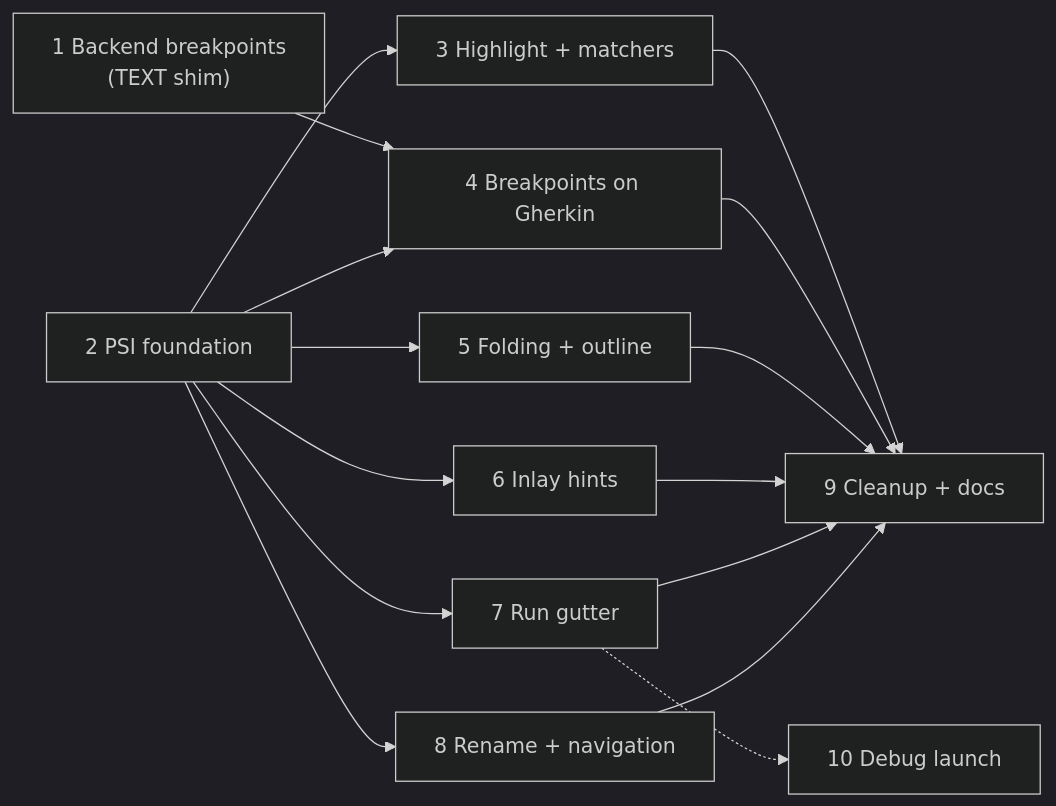
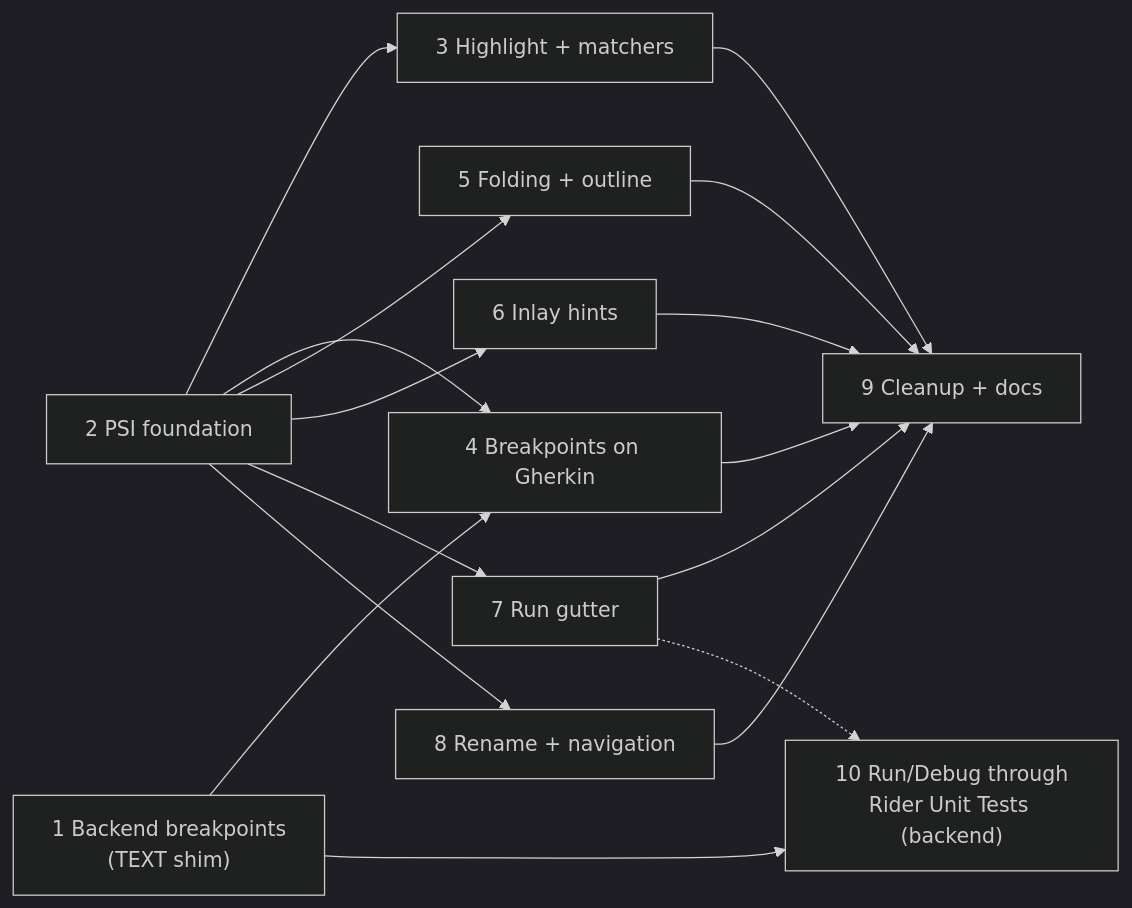
One commit to reqnroll/Reqnroll.IdeSupport changed the diagram in docs/Rider-Gherkin-PSI-Plan.md. Above: the diagram before and after it, drawn with Mermaid (dark theme). The commit also changed other lines of this file and 1 other file, not shown here.

First line of the commit message:
Plan running and debugging Rider scenarios through Rider's Unit Tests

````diff
--- a/docs/Rider-Gherkin-PSI-Plan.md
+++ b/docs/Rider-Gherkin-PSI-Plan.md
@@ -229,17 +230,18 @@
 ```mermaid
 flowchart LR
     P1["1 Backend breakpoints<br/>(TEXT shim)"] --> P4
     P2["2 PSI foundation"] --> P3["3 Highlight + matchers"]
     P2 --> P4["4 Breakpoints on Gherkin"]
     P2 --> P5["5 Folding + outline"]
     P2 --> P6["6 Inlay hints"]
     P2 --> P7["7 Run gutter"]
     P2 --> P8["8 Rename + navigation"]
     P3 --> P9["9 Cleanup + docs"]
     P4 --> P9
     P5 --> P9
     P6 --> P9
     P7 --> P9
     P8 --> P9
-    P7 -.-> P10["10 Debug launch"]
+    P1 --> P10["10 Run/Debug through<br/>Rider Unit Tests (backend)"]
+    P7 -.-> P10
 ```
````
